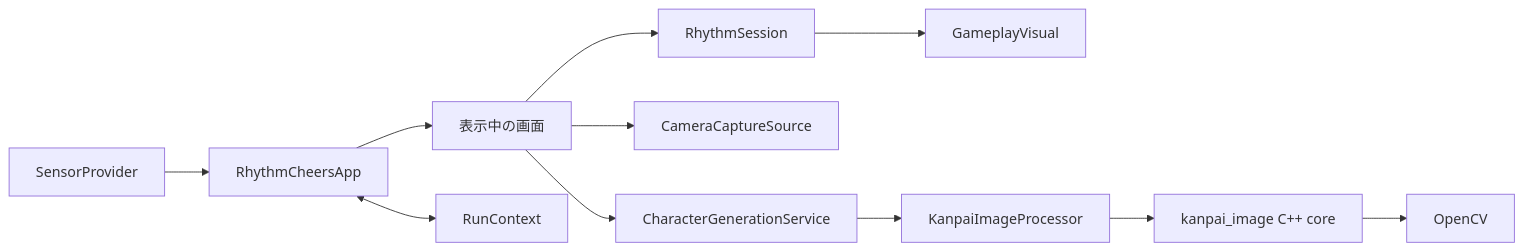
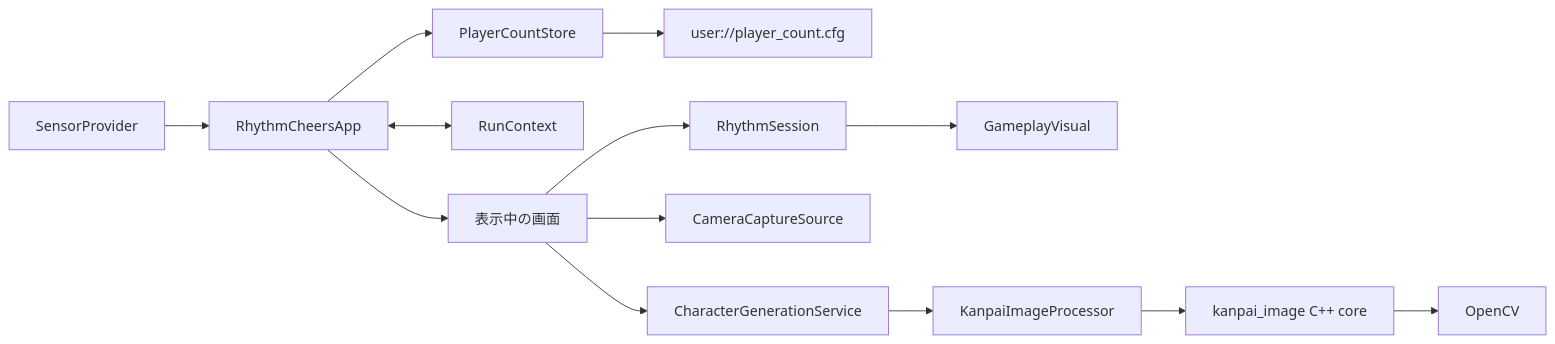
Before and after one commit to unuse-org/rhythm-cheers: the first of 2 diagrams in docs/reference/overview.md, drawn with Mermaid. The commit also changed other lines of this file and 43 other files, not shown here.

````diff
--- a/docs/reference/overview.md
+++ b/docs/reference/overview.md
@@ -26,13 +26,15 @@
 ```mermaid
 flowchart LR
     Provider[SensorProvider] --> App[RhythmCheersApp]
     App --> Screen[表示中の画面]
     App <--> Context[RunContext]
+    App --> CountStore[PlayerCountStore]
+    CountStore --> CountFile[user://player_count.cfg]
     Screen --> Rhythm[RhythmSession]
     Rhythm --> Visual[GameplayVisual]
     Screen --> Camera[CameraCaptureSource]
     Screen --> Service[CharacterGenerationService]
     Service --> Extension[KanpaiImageProcessor]
     Extension --> Core[kanpai_image C++ core]
     Core --> OpenCV[OpenCV]
 ```
````
